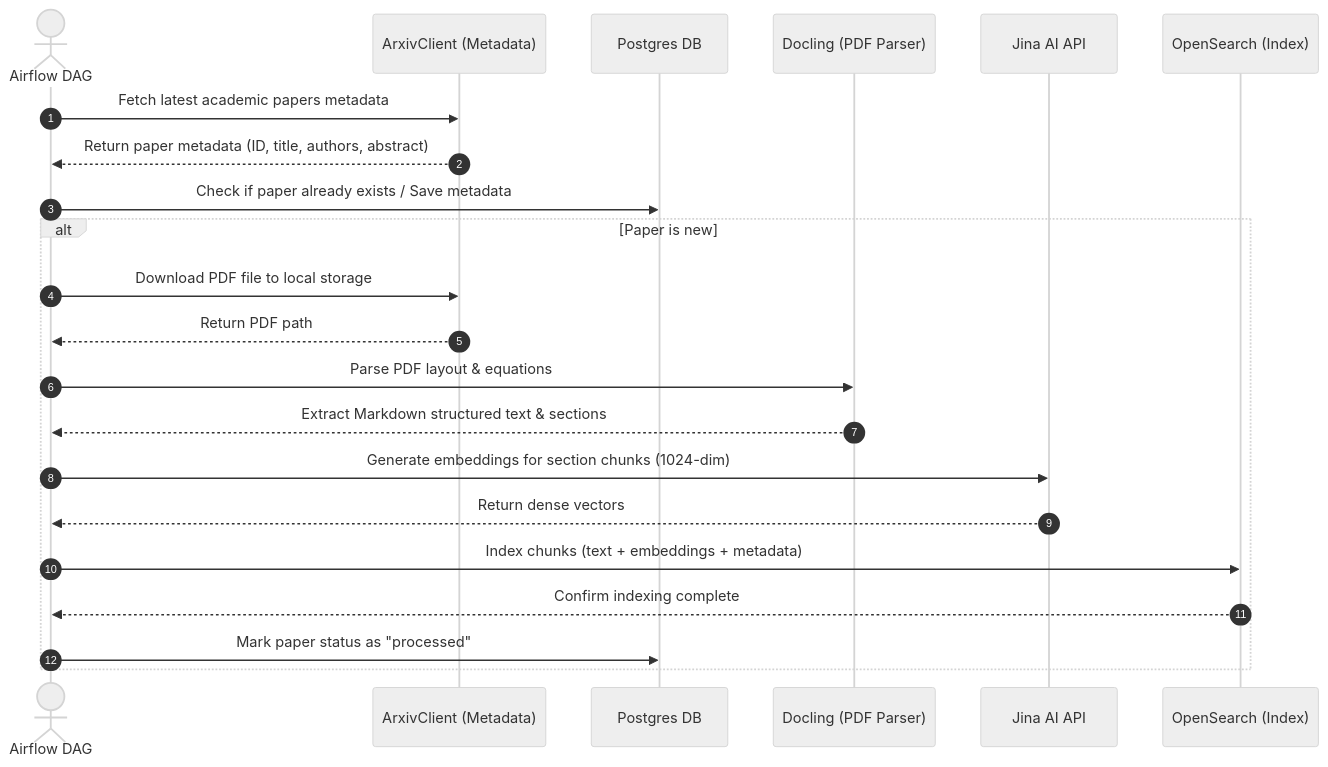
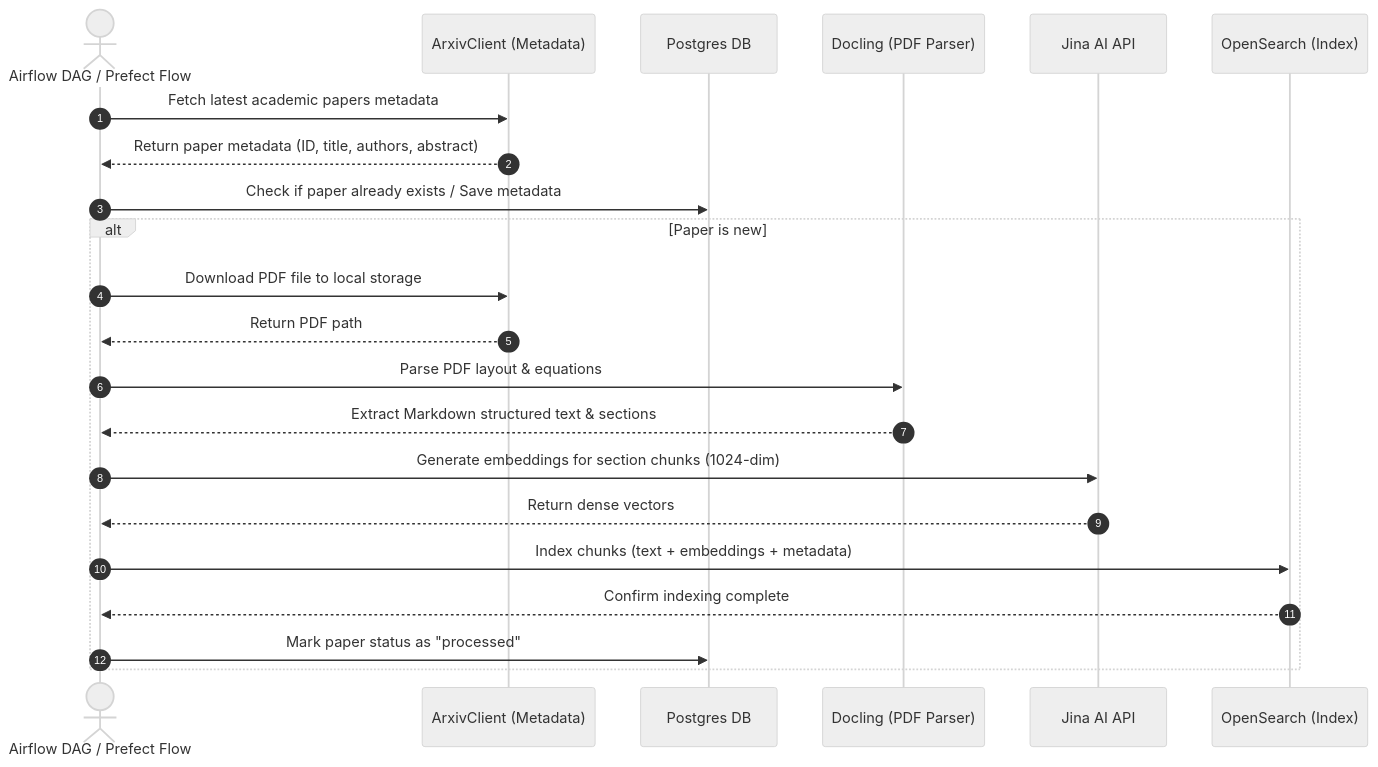
The second of 5 diagrams in README.md (Murtuzasaifee/ArxivLens), drawn with Mermaid (neutral theme) before and after one commit. The commit also changed other lines of this file and 2 other files, not shown here.

Commit message:
Updated readme with prefect details

````diff
--- a/README.md
+++ b/README.md
@@ -103,25 +107,25 @@
 ```mermaid
 sequenceDiagram
     autonumber
-    actor Airflow as Airflow DAG
+    actor Orchestrator as Airflow DAG / Prefect Flow
     participant ACM as ArxivClient (Metadata)
     participant PGS as Postgres DB
     participant DL as Docling (PDF Parser)
     participant Jina as Jina AI API
     participant OS as OpenSearch (Index)
 
-    Airflow->>ACM: Fetch latest academic papers metadata
-    ACM-->>Airflow: Return paper metadata (ID, title, authors, abstract)
-    Airflow->>PGS: Check if paper already exists / Save metadata
+    Orchestrator->>ACM: Fetch latest academic papers metadata
+    ACM-->>Orchestrator: Return paper metadata (ID, title, authors, abstract)
+    Orchestrator->>PGS: Check if paper already exists / Save metadata
     alt Paper is new
-        Airflow->>ACM: Download PDF file to local storage
-        ACM-->>Airflow: Return PDF path
-        Airflow->>DL: Parse PDF layout & equations
-        DL-->>Airflow: Extract Markdown structured text & sections
-        Airflow->>Jina: Generate embeddings for section chunks (1024-dim)
-        Jina-->>Airflow: Return dense vectors
-        Airflow->>OS: Index chunks (text + embeddings + metadata)
-        OS-->>Airflow: Confirm indexing complete
-        Airflow->>PGS: Mark paper status as "processed"
+        Orchestrator->>ACM: Download PDF file to local storage
+        ACM-->>Orchestrator: Return PDF path
+        Orchestrator->>DL: Parse PDF layout & equations
+        DL-->>Orchestrator: Extract Markdown structured text & sections
+        Orchestrator->>Jina: Generate embeddings for section chunks (1024-dim)
+        Jina-->>Orchestrator: Return dense vectors
+        Orchestrator->>OS: Index chunks (text + embeddings + metadata)
+        OS-->>Orchestrator: Confirm indexing complete
+        Orchestrator->>PGS: Mark paper status as "processed"
     end
 ```
````
